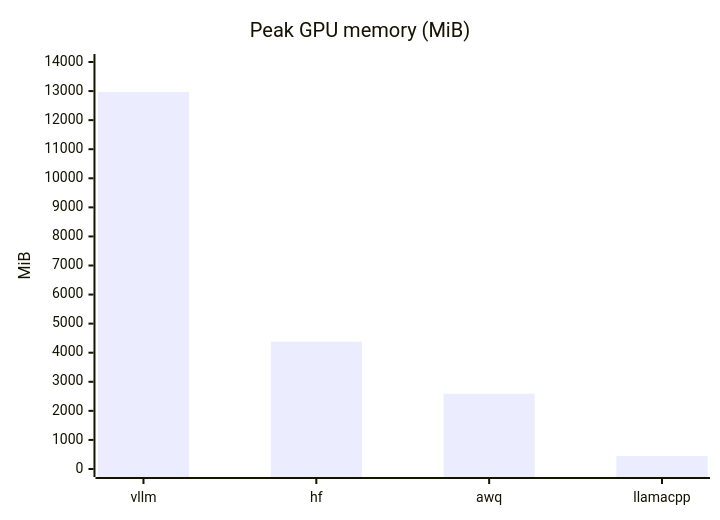
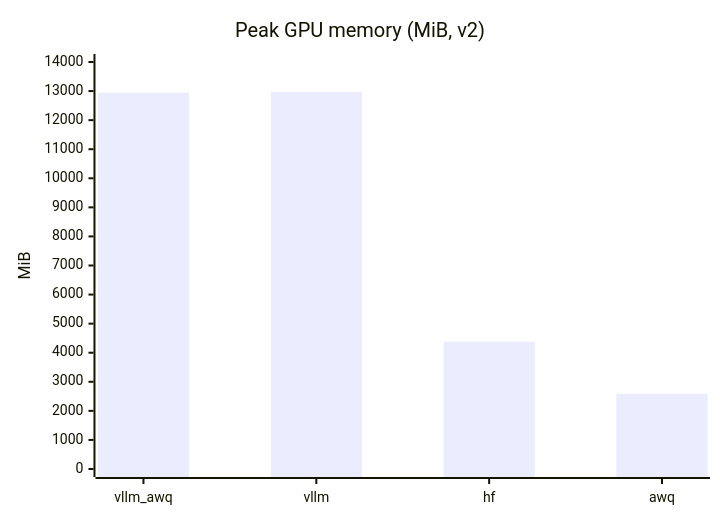
The second of 3 diagrams in README.md (Ishan-5/LLM-inference-and-quantization-benchmark), drawn with Mermaid before and after one commit. The commit also changed other lines of this file, not shown here.

````diff
--- a/README.md
+++ b/README.md
@@ -51,7 +51,7 @@
 ```mermaid
 xychart-beta
-    title "Peak GPU memory (MiB)"
-    x-axis ["vllm", "hf", "awq", "llamacpp"]
+    title "Peak GPU memory (MiB, v2)"
+    x-axis ["vllm_awq", "vllm", "hf", "awq"]
     y-axis "MiB" 0 --> 14000
-    bar [12968, 4380, 2588, 450]
+    bar [12946, 12968, 4380, 2588]
 ```
````
